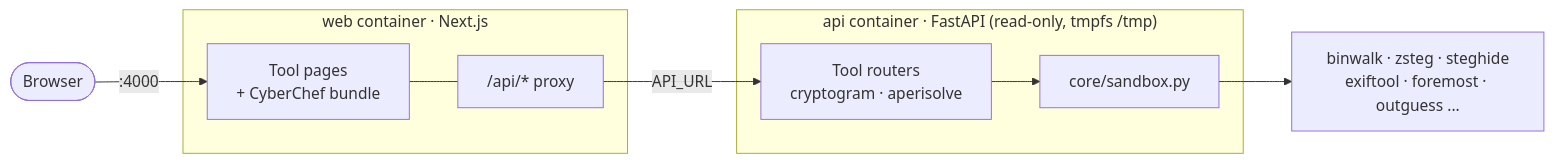
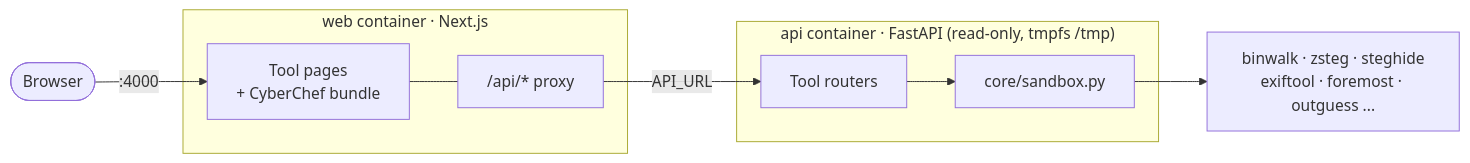
One commit to tech-house-blr/ctf-army-knife changed the diagram in README.md. Above: the diagram before and after it, drawn with Mermaid. The commit also changed other lines of this file, not shown here.

````diff
--- a/README.md
+++ b/README.md
@@ -150,19 +104,19 @@
 ```mermaid
 flowchart LR
     B([Browser]) -->|":4000"| W
 
     subgraph web ["web container · Next.js"]
         W["Tool pages<br/>+ CyberChef bundle"]
         P["/api/* proxy"]
         W --- P
     end
 
     subgraph api ["api container · FastAPI (read-only, tmpfs /tmp)"]
-        R["Tool routers<br/>cryptogram · aperisolve"]
+        R["Tool routers"]
         S["core/sandbox.py"]
         R --> S
     end
 
     P -->|"API_URL"| R
     S --> T["binwalk · zsteg · steghide<br/>exiftool · foremost · outguess ..."]
 ```
````
